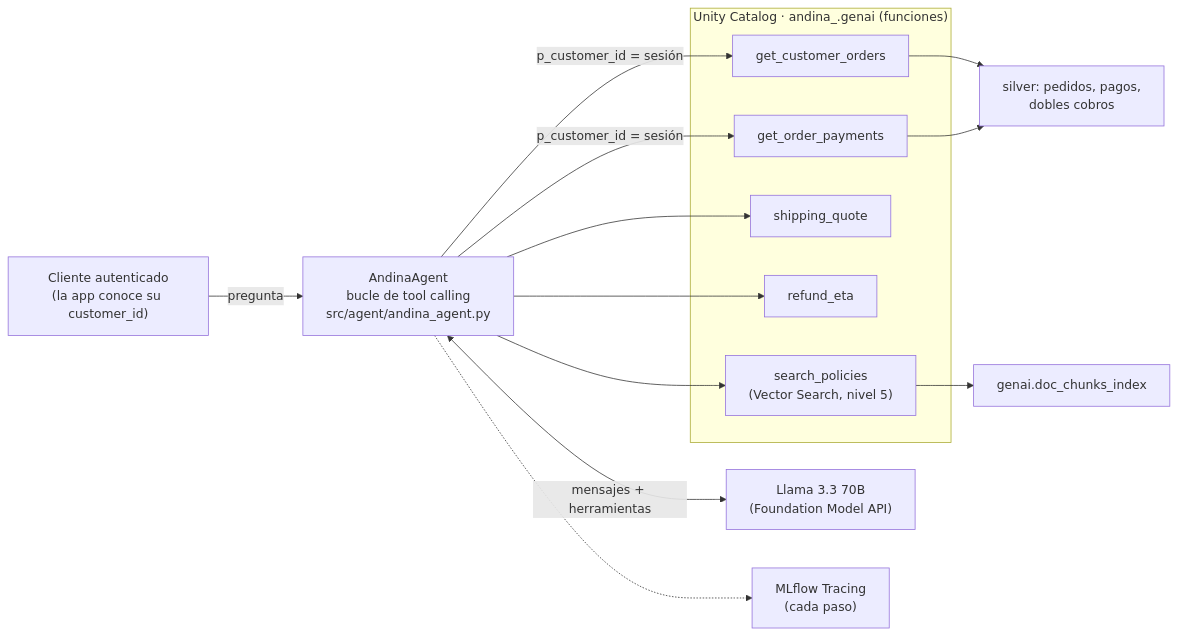
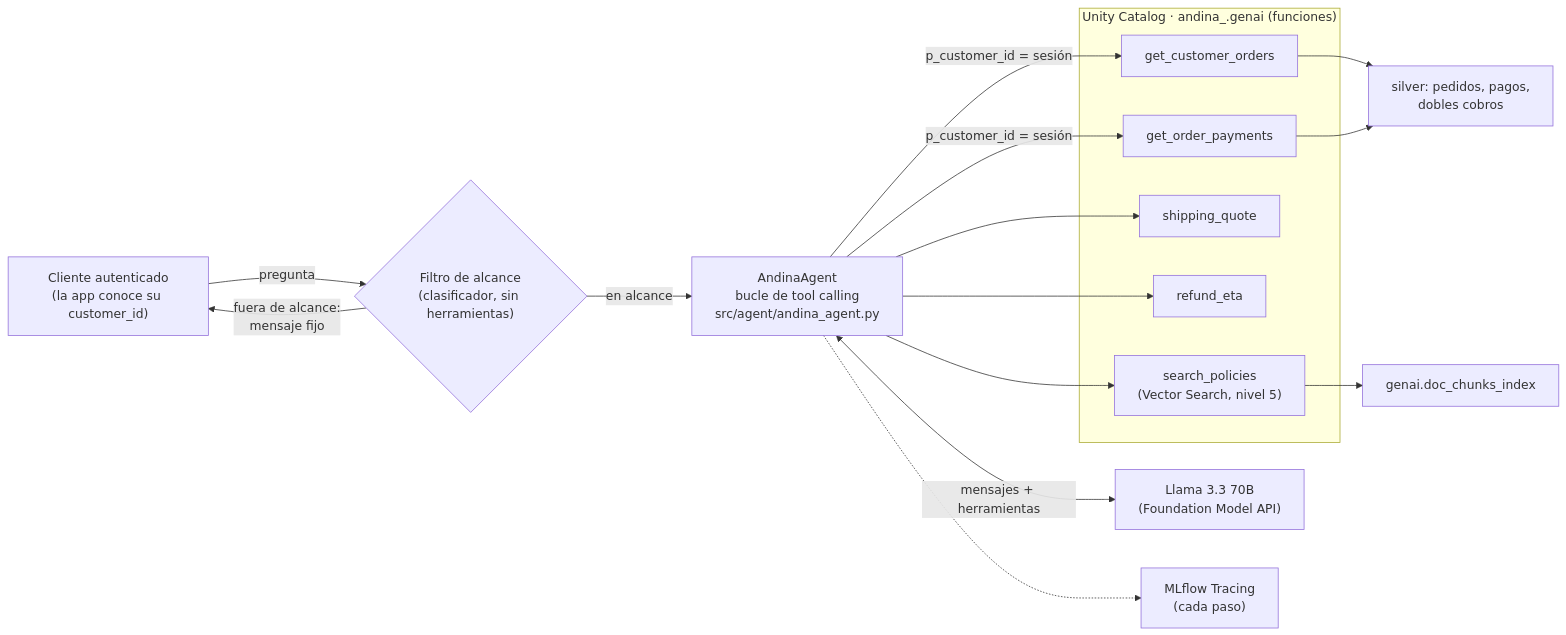
One commit to richardyony/andina-market changed the diagram in docs/agente.md. Above: the diagram before and after it, drawn with Mermaid. The commit also changed other lines of this file and 4 other files, not shown here.

First line of the commit message:
Agente: filtro de alcance previo y escenarios adicionales (D-30)

````diff
--- a/docs/agente.md
+++ b/docs/agente.md
@@ -7,27 +7,30 @@
 ```mermaid
 flowchart LR
     U["Cliente autenticado<br/>(la app conoce su customer_id)"]
     A["AndinaAgent<br/>bucle de tool calling<br/>src/agent/andina_agent.py"]
     L["Llama 3.3 70B<br/>(Foundation Model API)"]
     subgraph UC["Unity Catalog · andina_<env>.genai (funciones)"]
         T1["get_customer_orders"]
         T2["get_order_payments"]
         T3["shipping_quote"]
         T4["refund_eta"]
         T5["search_policies<br/>(Vector Search, nivel 5)"]
     end
     S["silver: pedidos, pagos,<br/>dobles cobros"]
     I["genai.doc_chunks_index"]
     M["MLflow Tracing<br/>(cada paso)"]
-    U -->|pregunta| A
+    F{"Filtro de alcance<br/>(clasificador, sin herramientas)"}
+    U -->|pregunta| F
+    F -->|"fuera de alcance:<br/>mensaje fijo"| U
+    F -->|en alcance| A
     A <-->|mensajes + herramientas| L
     A -->|"p_customer_id = sesión"| T1
     A -->|"p_customer_id = sesión"| T2
     A --> T3
     A --> T4
     A --> T5
     T1 --> S
     T2 --> S
     T5 --> I
     A -.-> M
 ```
````
